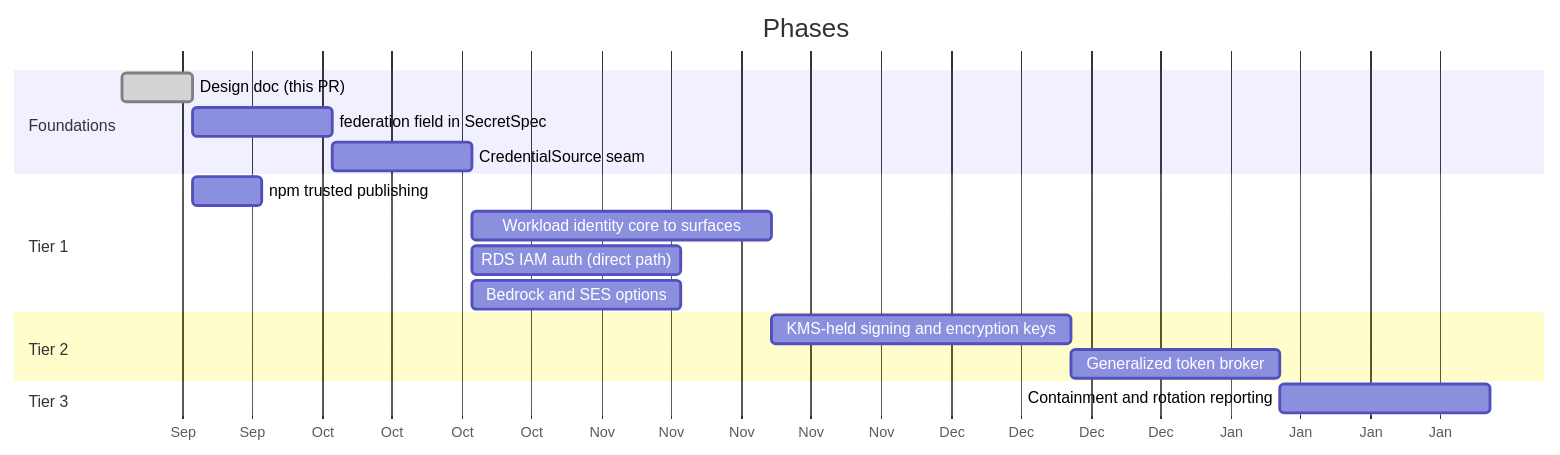
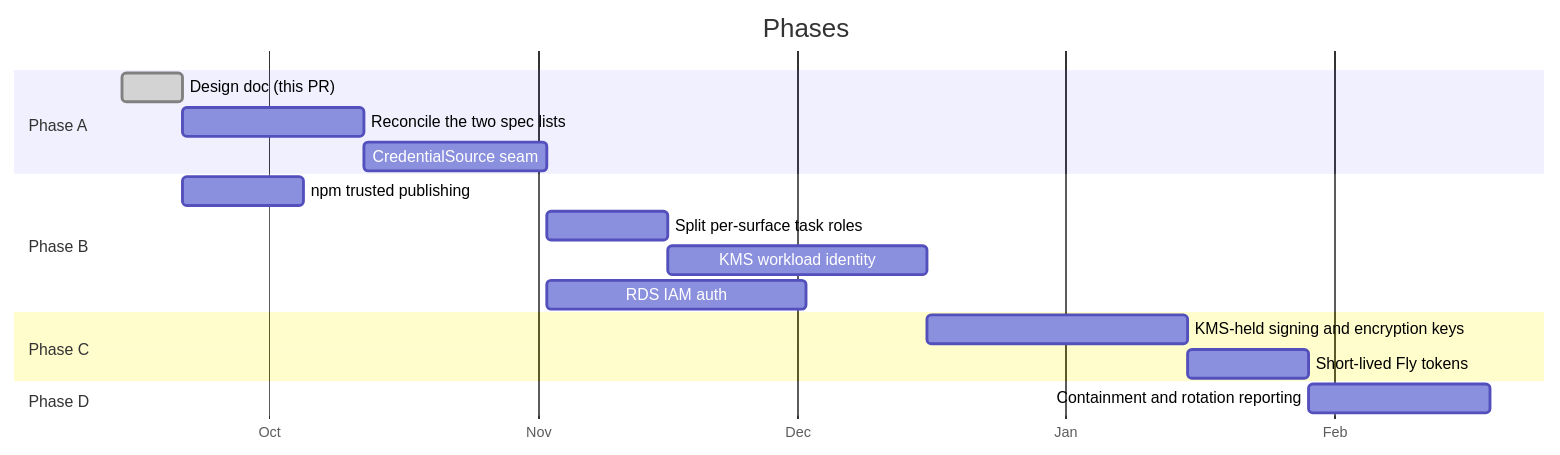
The fifth of 5 diagrams in docs/secretless.md (agentsky/qm), drawn with Mermaid before and after one commit. The commit also changed other lines of this file, not shown here.

First line of the commit message:
docs: correct the secretless design after review

````diff
--- a/docs/secretless.md
+++ b/docs/secretless.md
@@ -384,20 +431,20 @@
 ```mermaid
 gantt
   title Phases
   dateFormat YYYY-MM-DD
   axisFormat %b
-  section Foundations
+  section Phase A
   Design doc (this PR)          :done, d1, 2026-09-14, 7d
-  federation field in SecretSpec :a1, after d1, 14d
-  CredentialSource seam          :a2, after a1, 14d
-  section Tier 1
-  npm trusted publishing         :b1, after d1, 7d
-  Workload identity core to surfaces :b2, after a2, 30d
-  RDS IAM auth (direct path)     :b3, after a2, 21d
-  Bedrock and SES options        :b4, after a2, 21d
-  section Tier 2
-  KMS-held signing and encryption keys :c1, after b2, 30d
-  Generalized token broker       :c2, after c1, 21d
-  section Tier 3
+  Reconcile the two spec lists  :a1, after d1, 21d
+  CredentialSource seam         :a2, after a1, 21d
+  section Phase B
+  npm trusted publishing        :b3, after d1, 14d
+  Split per-surface task roles  :b0, after a2, 14d
+  KMS workload identity         :b1, after b0, 30d
+  RDS IAM auth                  :b2, after a2, 30d
+  section Phase C
+  KMS-held signing and encryption keys :c1, after b1, 30d
+  Short-lived Fly tokens        :c2, after c1, 14d
+  section Phase D
   Containment and rotation reporting :e1, after c2, 21d
 ```
````
